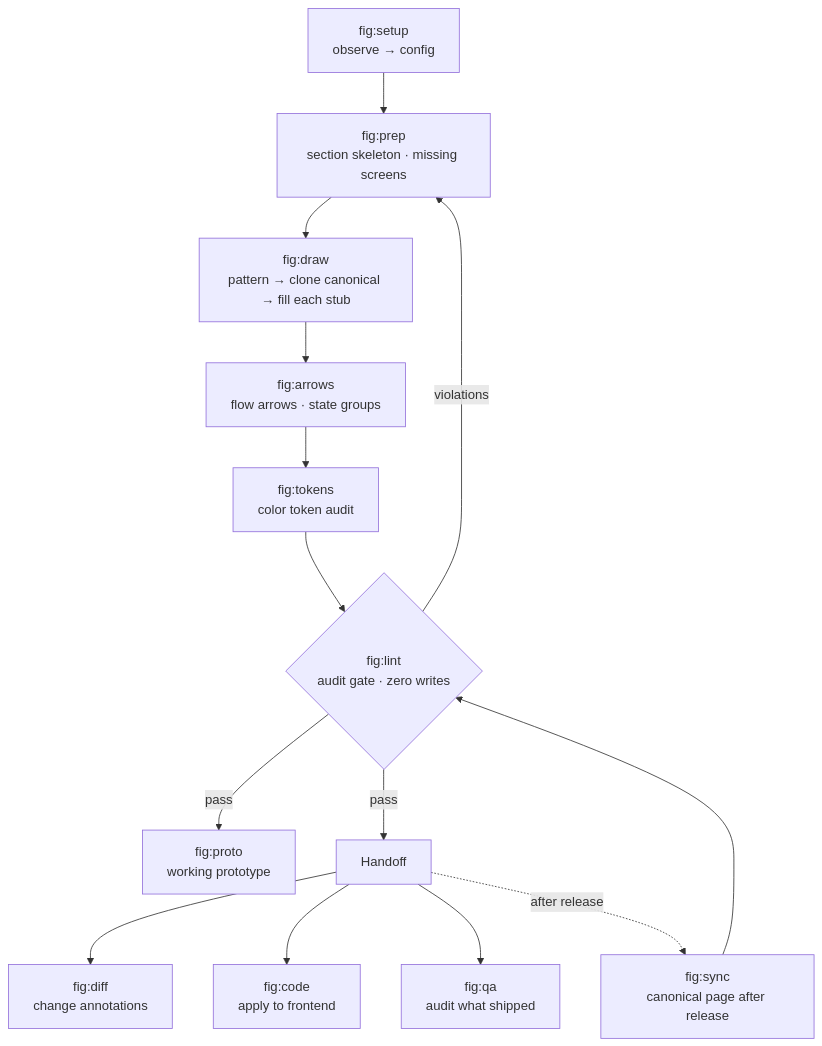
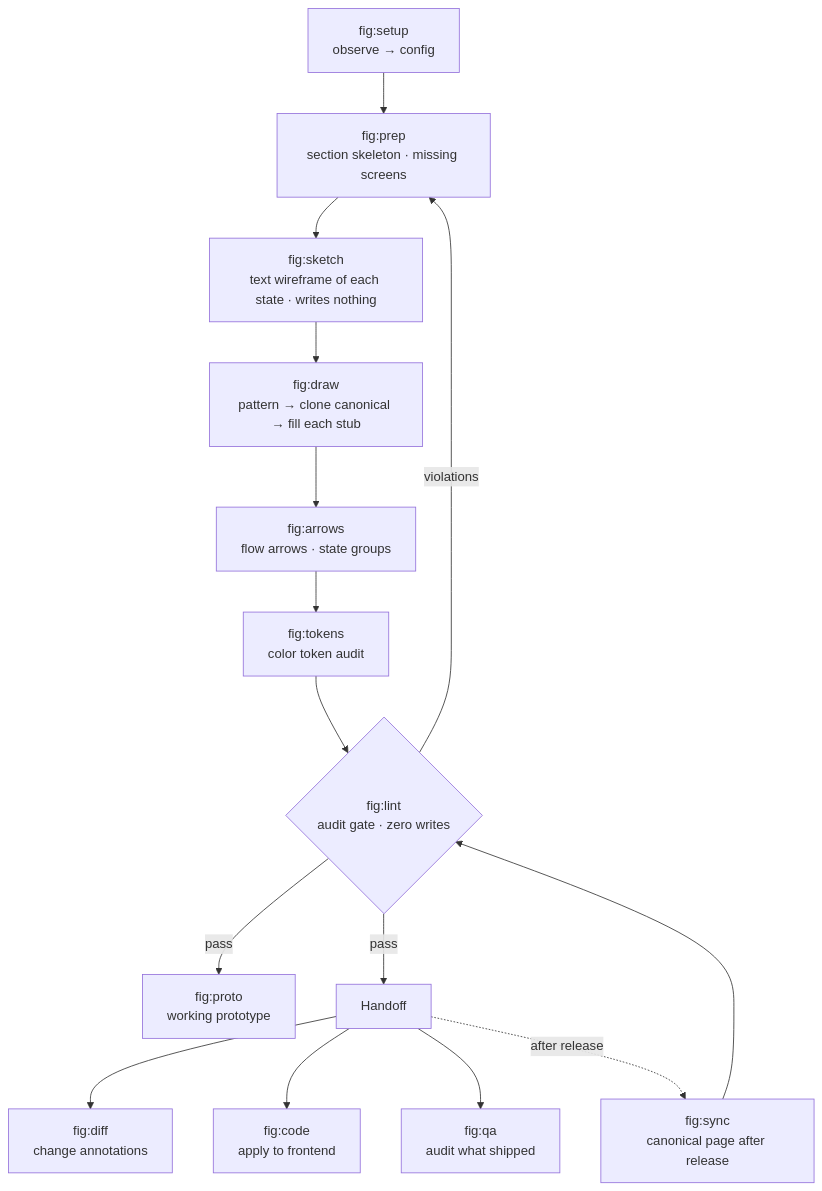
The diagram in README.md (byjunyoung/claude-product-skills), drawn with Mermaid before and after one commit. The commit also changed other lines of this file and 6 other files, not shown here.

First line of the commit message:
feat(fig): 방향 합의 단계를 /fig:sketch로 떼어 낸다 (3.25.0)

````diff
--- a/README.md
+++ b/README.md
@@ -311,25 +314,26 @@
 ```mermaid
 flowchart TD
     setup["fig:setup<br/>observe → config"]
     prep["fig:prep<br/>section skeleton · missing screens"]
+    sketch["fig:sketch<br/>text wireframe of each state · writes nothing"]
     draw["fig:draw<br/>pattern → clone canonical → fill each stub"]
     arrows["fig:arrows<br/>flow arrows · state groups"]
     tokens["fig:tokens<br/>color token audit"]
     lint{"fig:lint<br/>audit gate · zero writes"}
     proto["fig:proto<br/>working prototype"]
     handoff["Handoff"]
     diff["fig:diff<br/>change annotations"]
     code["fig:code<br/>apply to frontend"]
     sync["fig:sync<br/>canonical page after release"]
     qa["fig:qa<br/>audit what shipped"]
 
-    setup --> prep --> draw --> arrows --> tokens --> lint
+    setup --> prep --> sketch --> draw --> arrows --> tokens --> lint
     lint -- violations --> prep
     lint -- pass --> proto
     lint -- pass --> handoff
     handoff --> diff
     handoff --> code
     handoff --> qa
     handoff -. after release .-> sync
     sync --> lint
 ```
````
